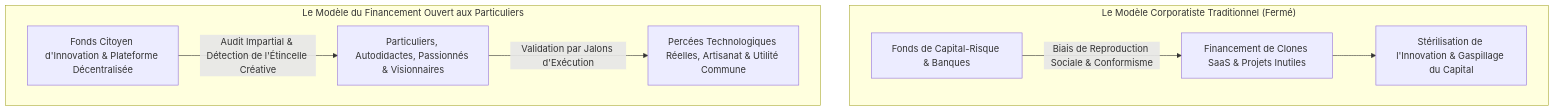
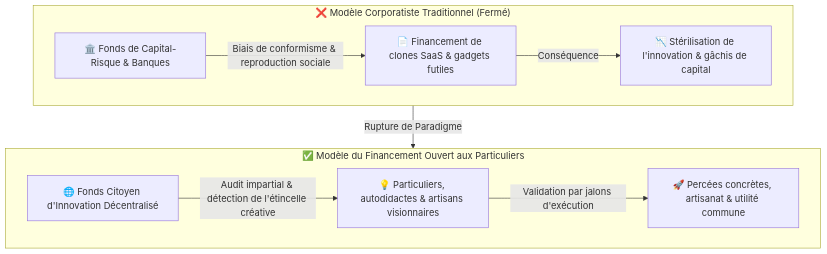
One commit to MidasRX/Research changed the first of 3 diagrams in 2_Realite_et_Utilisation/12_financement_des_particuliers_innovation_et_dilemme_du_secret.md. Above: the diagram before and after it, drawn with Mermaid. The commit also changed 2 other files, not shown here.

Commit message:
fix(diagrams): restructuration verticale des schemas Mermaid pour eviter l'ecrasement et rendre le texte grand et lisible sur GitHub

````diff
--- a/2_Realite_et_Utilisation/12_financement_des_particuliers_innovation_et_dilemme_du_secret.md
+++ b/2_Realite_et_Utilisation/12_financement_des_particuliers_innovation_et_dilemme_du_secret.md
@@ -33,12 +33,16 @@
 ```mermaid
 flowchart TD
-    subgraph VC["Le Modèle Corporatiste Traditionnel (Fermé)"]
-        F1["Fonds de Capital-Risque & Banques"] -->|"Biais de Reproduction Sociale & Conformisme"| C1["Financement de Clones SaaS & Projets Inutiles"]
-        C1 --> S1["Stérilisation de l'Innovation & Gaspillage du Capital"]
+    subgraph VC["❌ Modèle Corporatiste Traditionnel (Fermé)"]
+        F1["🏛️ Fonds de Capital-Risque & Banques"]
+        -->|"Biais de conformisme & reproduction sociale"| C1["📄 Financement de clones SaaS & gadgets futiles"]
+        -->|"Conséquence"| S1["📉 Stérilisation de l'innovation & gâchis de capital"]
     end
 
-    subgraph CIT["Le Modèle du Financement Ouvert aux Particuliers"]
-        F2["Fonds Citoyen d'Innovation & Plateforme Décentralisée"] -->|"Audit Impartial & Détection de l'Étincelle Créative"| C2["Particuliers, Autodidactes, Passionnés & Visionnaires"]
-        C2 -->|"Validation par Jalons d'Exécution"| S2["Percées Technologiques Réelles, Artisanat & Utilité Commune"]
+    VC -->|"Rupture de Paradigme"| CIT
+
+    subgraph CIT["✅ Modèle du Financement Ouvert aux Particuliers"]
+        F2["🌐 Fonds Citoyen d'Innovation Décentralisé"]
+        -->|"Audit impartial & détection de l'étincelle créative"| C2["💡 Particuliers, autodidactes & artisans visionnaires"]
+        -->|"Validation par jalons d'exécution"| S2["🚀 Percées concrètes, artisanat & utilité commune"]
     end
 ```
````
